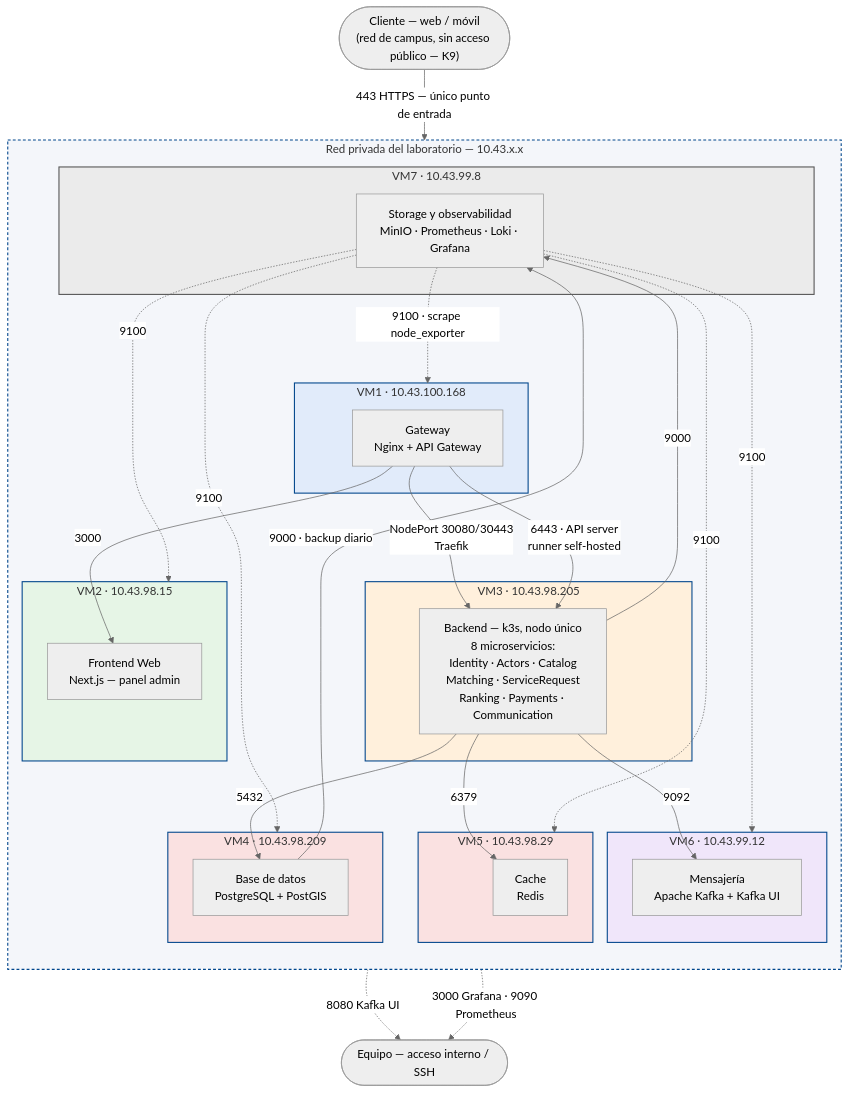
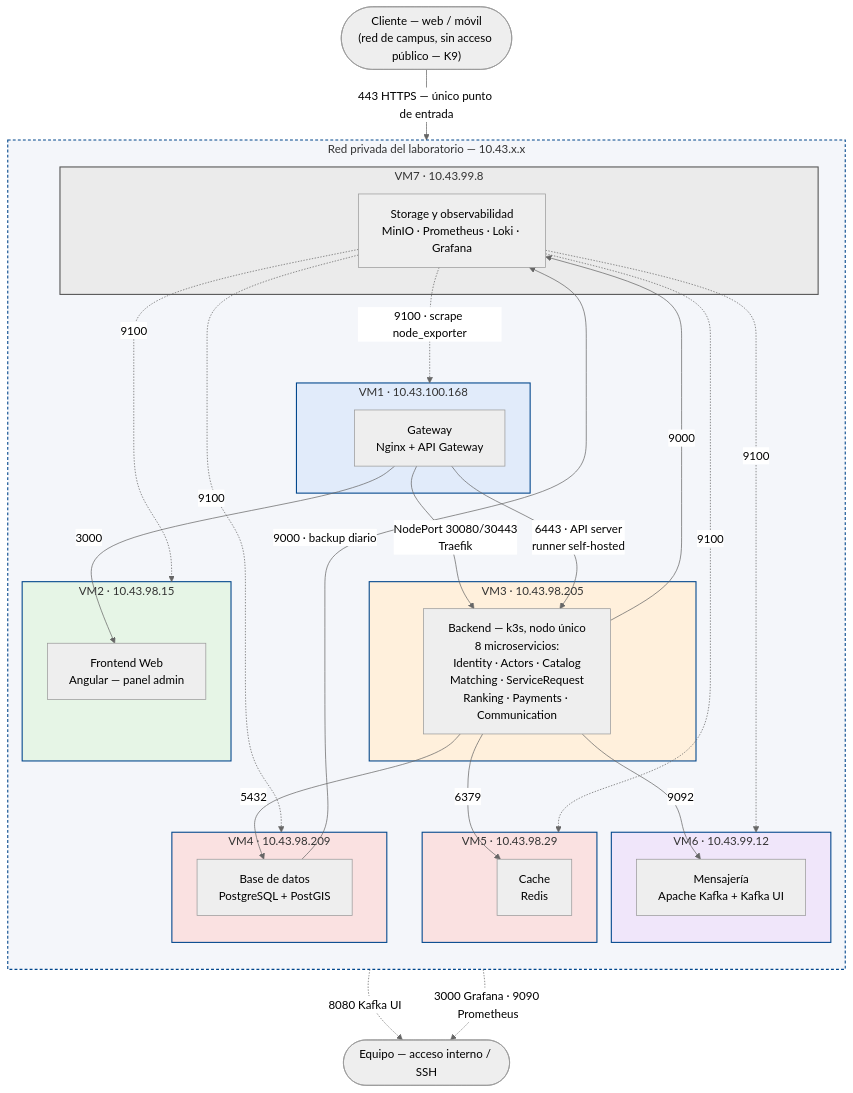
The fourth of 8 diagrams in docs/architecture/SDD.md (sebas0430/Arquitectura), drawn with Mermaid (neutral theme) before and after one commit. The commit also changed other lines of this file and 63 other files, not shown here.

Commit message:
docs(architecture): unificar stack y crear base del monorepo

````diff
--- a/docs/architecture/SDD.md
+++ b/docs/architecture/SDD.md
@@ -778,59 +807,59 @@
 ```mermaid
 flowchart TB
     CLIENTE(["Cliente — web / móvil<br/>(red de campus, sin acceso público — K9)"])
 
     subgraph LAB["Red privada del laboratorio — 10.43.x.x"]
     direction TB
 
         subgraph VM1N["VM1 · 10.43.100.168"]
             VM1["Gateway<br/>Nginx + API Gateway"]
         end
         subgraph VM2N["VM2 · 10.43.98.15"]
-            VM2["Frontend Web<br/>Next.js — panel admin"]
+            VM2["Frontend Web<br/>Angular — panel admin"]
         end
         subgraph VM3N["VM3 · 10.43.98.205"]
             VM3["Backend — k3s, nodo único<br/>8 microservicios:<br/>Identity · Actors · Catalog<br/>Matching · ServiceRequest<br/>Ranking · Payments · Communication"]
         end
         subgraph VM4N["VM4 · 10.43.98.209"]
             VM4["Base de datos<br/>PostgreSQL + PostGIS"]
         end
         subgraph VM5N["VM5 · 10.43.98.29"]
             VM5["Cache<br/>Redis"]
         end
         subgraph VM6N["VM6 · 10.43.99.12"]
             VM6["Mensajería<br/>Apache Kafka + Kafka UI"]
         end
         subgraph VM7N["VM7 · 10.43.99.8"]
             VM7["Storage y observabilidad<br/>MinIO · Prometheus · Loki · Grafana"]
         end
 
         VM1 -->|"3000"| VM2
         VM1 -->|"NodePort 30080/30443<br/>Traefik"| VM3
         VM1 -->|"6443 · API server<br/>runner self-hosted"| VM3
         VM3 -->|"5432"| VM4
         VM3 -->|"6379"| VM5
         VM3 -->|"9092"| VM6
         VM3 -->|"9000"| VM7
         VM4 -->|"9000 · backup diario"| VM7
         VM7 -.->|"9100 · scrape node_exporter"| VM1N
         VM7 -.->|"9100"| VM2N
         VM7 -.->|"9100"| VM4N
         VM7 -.->|"9100"| VM5N
         VM7 -.->|"9100"| VM6N
     end
 
     CLIENTE -->|"443 HTTPS — único punto de entrada"| VM1
 
     EQUIPO(["Equipo — acceso interno / SSH"])
     VM6 -.->|"8080 Kafka UI"| EQUIPO
     VM7 -.->|"3000 Grafana · 9090 Prometheus"| EQUIPO
 
     style LAB fill:#f4f6fa,stroke:#00468C,stroke-width:1.5px,stroke-dasharray:4 3
     style VM1N fill:#E1EBFA,stroke:#00468C,stroke-width:1.5px
     style VM2N fill:#E6F5E6,stroke:#00468C,stroke-width:1.5px
     style VM3N fill:#FFF0DC,stroke:#00468C,stroke-width:1.5px
     style VM4N fill:#FAE1E1,stroke:#00468C,stroke-width:1.5px
     style VM5N fill:#FAE1E1,stroke:#00468C,stroke-width:1.5px
     style VM6N fill:#F0E6FA,stroke:#00468C,stroke-width:1.5px
     style VM7N fill:#EBEBEB,stroke:#555555,stroke-width:1.5px
 ```
````
